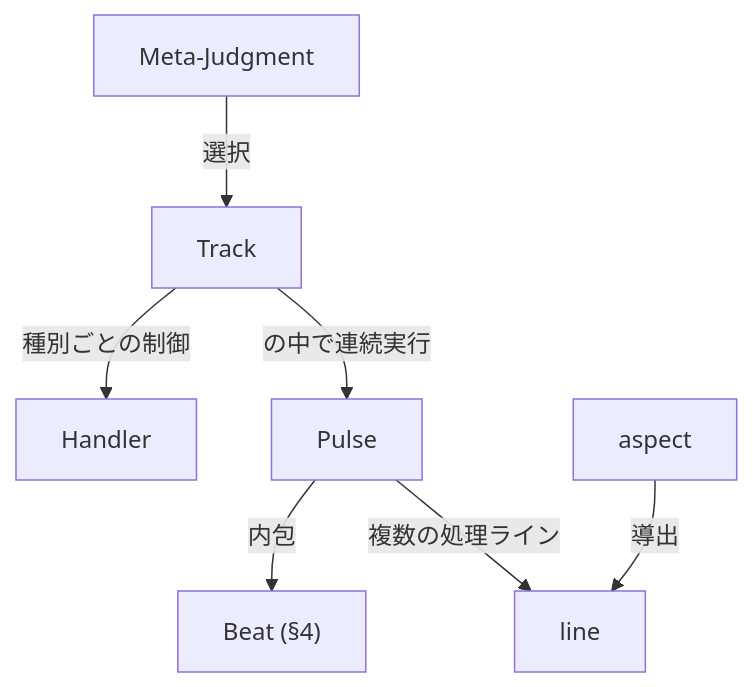
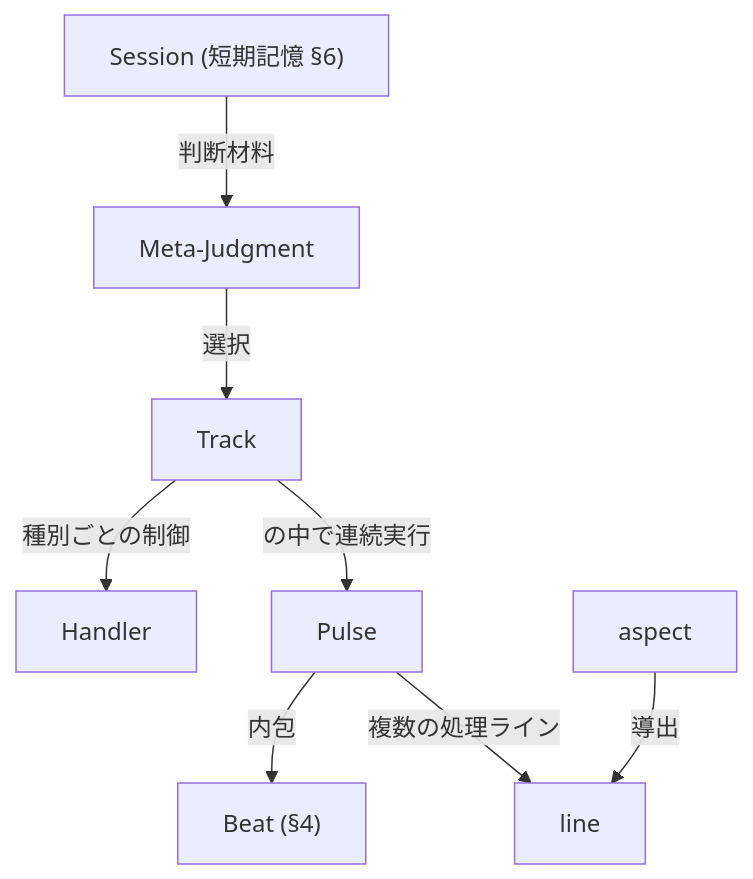
One commit to maha0525/SAIVerse changed the third of 7 diagrams in docs/overview/landscape.md. Above: the diagram before and after it, drawn with Mermaid. The commit also changed other lines of this file and 2 other files, not shown here.

First line of the commit message:
俯瞰地図: 短期記憶 (Session) / 長期記憶の整理を反映

````diff
--- a/docs/overview/landscape.md
+++ b/docs/overview/landscape.md
@@ -134,9 +113,10 @@
 ```mermaid
 graph TD
-    MetaJudgment["Meta-Judgment"] -->|選択| Track
+    Session["Session (短期記憶 §6)"] -->|判断材料| MetaJudgment["Meta-Judgment"]
+    MetaJudgment -->|選択| Track
     Track -->|種別ごとの制御| Handler
     Track -->|の中で連続実行| Pulse
     Pulse -->|内包| Beat["Beat (§4)"]
     Pulse -->|複数の処理ライン| line
     aspect -->|導出| line
 ```
````
